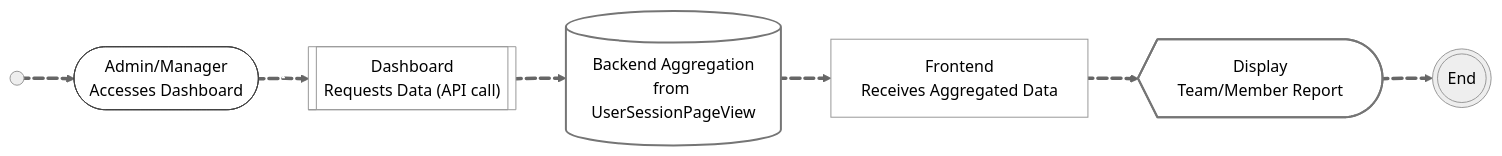
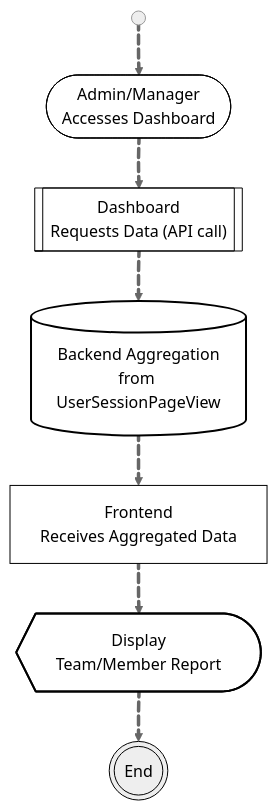
The second of 3 diagrams in TimeSheet/Teams_Report.md (Harshita-capsitech/EmailDocs), drawn with Mermaid before and after one commit.

Commit message:
Change flowchart layout and update styles

````diff
--- a/TimeSheet/Teams_Report.md
+++ b/TimeSheet/Teams_Report.md
@@ -53,40 +53,42 @@
 ```mermaid
 ---
 config:
   flowchart:
     curve: monotoneY
   theme: neutral
   look: classic
+  layout: dagre
 ---
-flowchart LR
+flowchart TB
     A["Start"] e1@==> step1(["Admin/Manager 
 Accesses Dashboard"])
     step1 e2@==> step2["Dashboard 
 Requests Data (API call)"]
     step2 e3@==> step3["Backend Aggregation
 from UserSessionPageView"]
     step3 e4@==> step4["Frontend 
 Receives Aggregated Data"]
     step4 e5@==> step5["Display 
 Team/Member Report"]
     step5 e6@==> B["End"]
 
     A@{ shape: sm-circ}
     step2@{ shape: fr-rect}
     step3@{ shape: cyl}
     step4@{ shape: rect}
     step5@{ shape: curv-trap}
     B@{ shape: dbl-circ}
-    style step1 fill:#FFFFFF,stroke:#424242
-    style step2 fill:#FFFFFF
-    style step3 fill:#FFFFFF,stroke:#757575,stroke-width:2px
-    style step4 fill:#FFFFFF
-    style step5 fill:#FFFFFF,stroke:#757575,stroke-width:2px
+    style step1 fill:#FFFFFF,stroke:#000000
+    style step2 fill:#FFFFFF,stroke:#000000
+    style step3 fill:#FFFFFF,stroke:#000000,stroke-width:2px
+    style step4 fill:#FFFFFF,stroke:#000000
+    style step5 fill:#FFFFFF,stroke:#000000,stroke-width:2px
+    style B stroke:#000000
 
     e1@{ animate: true } 
     e2@{ animate: true } 
     e3@{ animate: true } 
     e4@{ animate: true } 
     e5@{ animate: true } 
     e6@{ animate: true }
 ```
````
